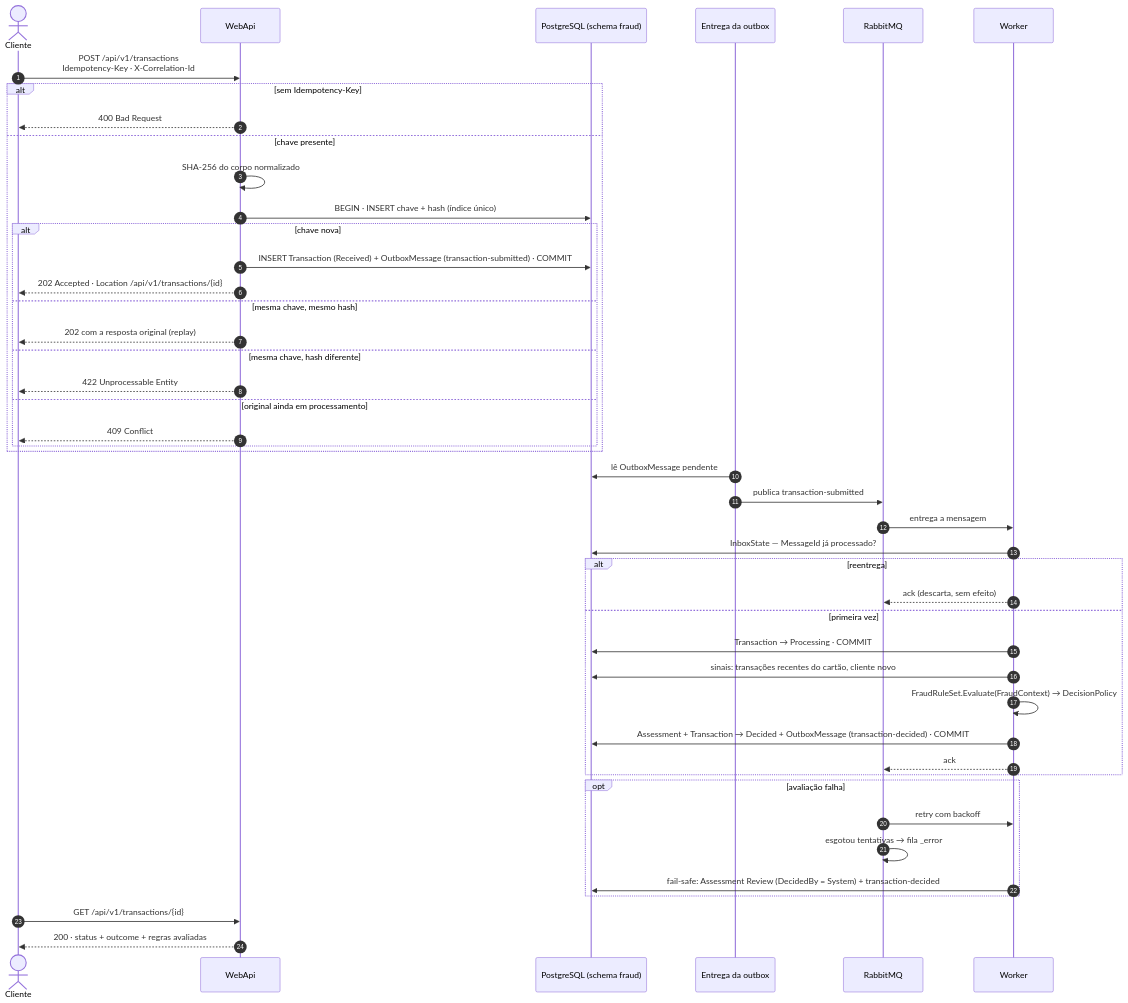
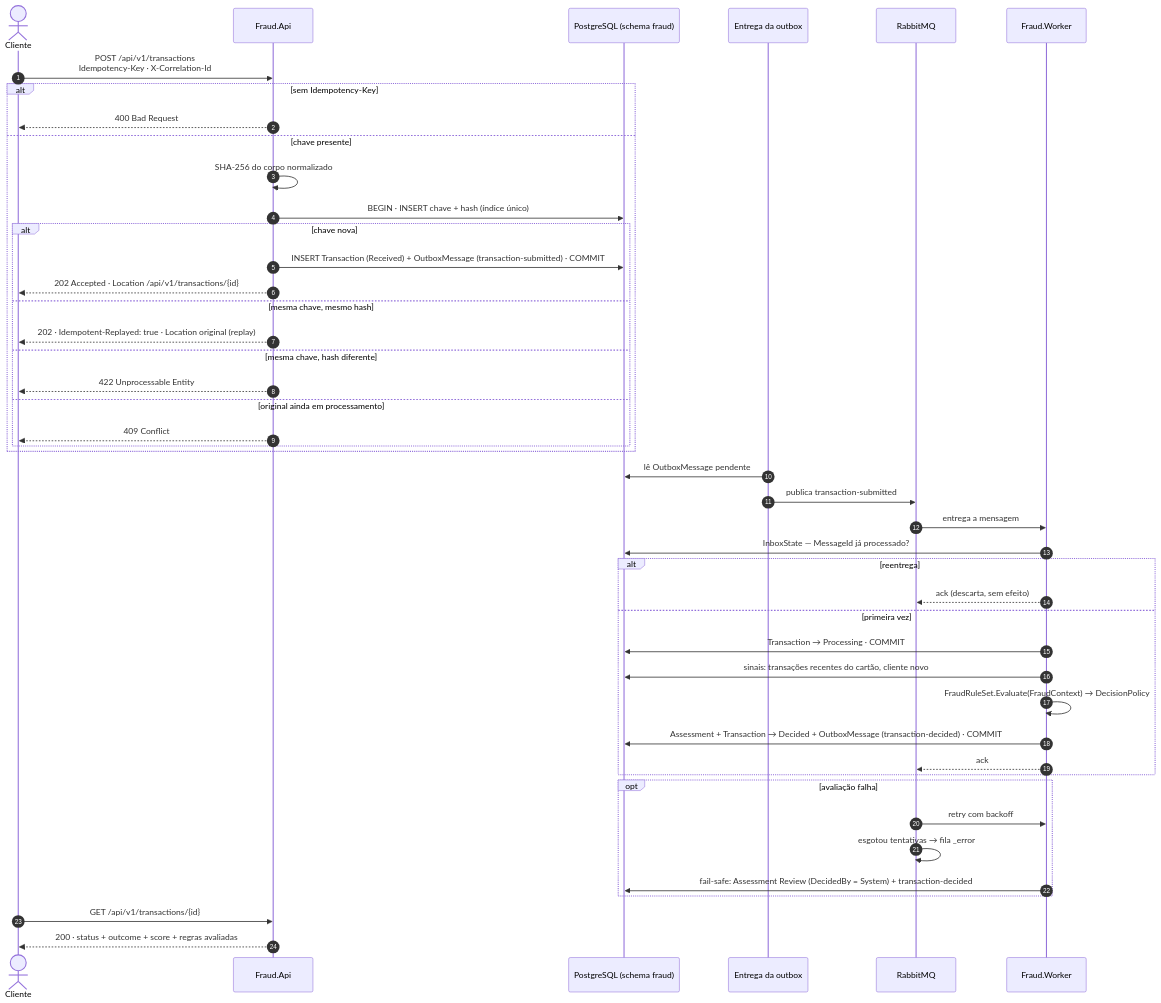
Before and after one commit to Berthot/BookStore: the second of 2 diagrams in README.md, drawn with Mermaid. The commit also changed other lines of this file and 26 other files, not shown here.

First line of the commit message:
feat(p1+docs): D-10/17/18/19/20; ADR-0010; diagramas e Postman atualizados

````diff
--- a/README.md
+++ b/README.md
@@ -175,51 +196,51 @@
 ```mermaid
 sequenceDiagram
   autonumber
   actor C as Cliente
-  participant API as WebApi
+  participant FA as Fraud.Api
   participant DB as PostgreSQL (schema fraud)
   participant OB as Entrega da outbox
   participant MQ as RabbitMQ
-  participant W as Worker
+  participant FW as Fraud.Worker
 
-  C->>API: POST /api/v1/transactions<br/>Idempotency-Key · X-Correlation-Id
+  C->>FA: POST /api/v1/transactions<br/>Idempotency-Key · X-Correlation-Id
   alt sem Idempotency-Key
-    API-->>C: 400 Bad Request
+    FA-->>C: 400 Bad Request
   else chave presente
-    API->>API: SHA-256 do corpo normalizado
-    API->>DB: BEGIN · INSERT chave + hash (índice único)
+    FA->>FA: SHA-256 do corpo normalizado
+    FA->>DB: BEGIN · INSERT chave + hash (índice único)
     alt chave nova
-      API->>DB: INSERT Transaction (Received) + OutboxMessage (transaction-submitted) · COMMIT
-      API-->>C: 202 Accepted · Location /api/v1/transactions/{id}
+      FA->>DB: INSERT Transaction (Received) + OutboxMessage (transaction-submitted) · COMMIT
+      FA-->>C: 202 Accepted · Location /api/v1/transactions/{id}
     else mesma chave, mesmo hash
-      API-->>C: 202 com a resposta original (replay)
+      FA-->>C: 202 · Idempotent-Replayed: true · Location original (replay)
     else mesma chave, hash diferente
-      API-->>C: 422 Unprocessable Entity
+      FA-->>C: 422 Unprocessable Entity
     else original ainda em processamento
-      API-->>C: 409 Conflict
+      FA-->>C: 409 Conflict
     end
   end
 
   OB->>DB: lê OutboxMessage pendente
   OB->>MQ: publica transaction-submitted
-  MQ->>W: entrega a mensagem
-  W->>DB: InboxState — MessageId já processado?
+  MQ->>FW: entrega a mensagem
+  FW->>DB: InboxState — MessageId já processado?
   alt reentrega
-    W-->>MQ: ack (descarta, sem efeito)
+    FW-->>MQ: ack (descarta, sem efeito)
   else primeira vez
-    W->>DB: Transaction → Processing · COMMIT
-    W->>DB: sinais: transações recentes do cartão, cliente novo
-    W->>W: FraudRuleSet.Evaluate(FraudContext) → DecisionPolicy
-    W->>DB: Assessment + Transaction → Decided + OutboxMessage (transaction-decided) · COMMIT
-    W-->>MQ: ack
+    FW->>DB: Transaction → Processing · COMMIT
+    FW->>DB: sinais: transações recentes do cartão, cliente novo
+    FW->>FW: FraudRuleSet.Evaluate(FraudContext) → DecisionPolicy
+    FW->>DB: Assessment + Transaction → Decided + OutboxMessage (transaction-decided) · COMMIT
+    FW-->>MQ: ack
   end
 
   opt avaliação falha
-    MQ->>W: retry com backoff
+    MQ->>FW: retry com backoff
     MQ->>MQ: esgotou tentativas → fila _error
-    W->>DB: fail-safe: Assessment Review (DecidedBy = System) + transaction-decided
+    FW->>DB: fail-safe: Assessment Review (DecidedBy = System) + transaction-decided
   end
 
-  C->>API: GET /api/v1/transactions/{id}
-  API-->>C: 200 · status + outcome + regras avaliadas
+  C->>FA: GET /api/v1/transactions/{id}
+  FA-->>C: 200 · status + outcome + score + regras avaliadas
 ```
````
